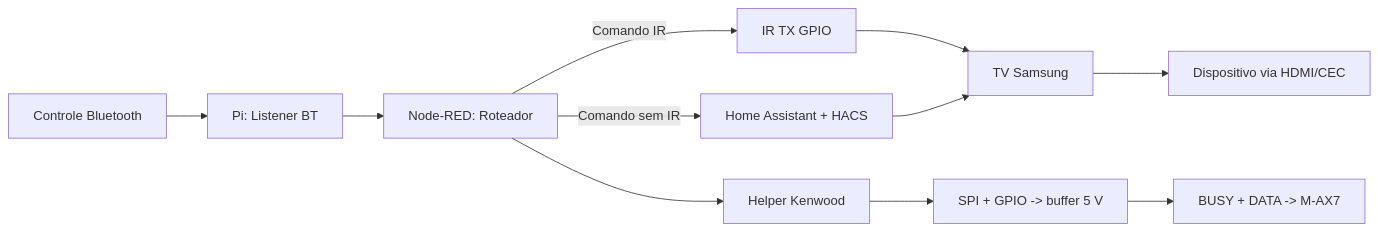
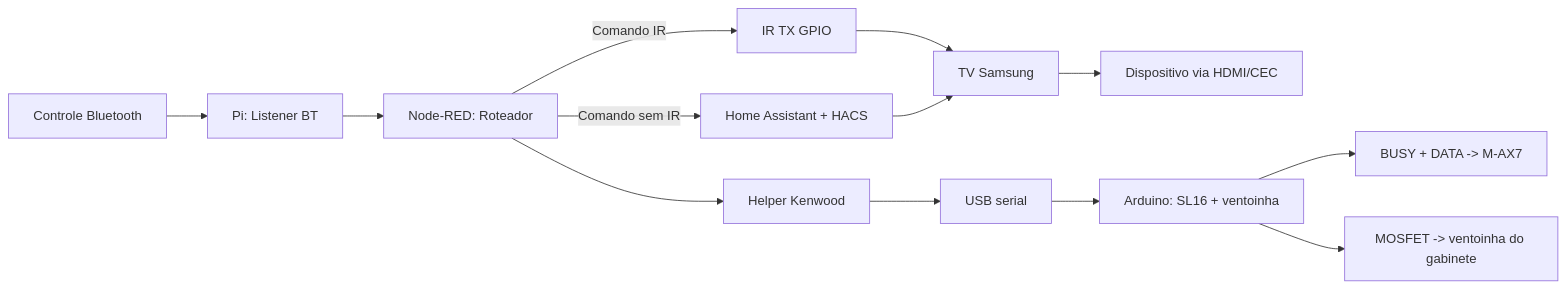
One commit to Elvis-Christian/PiCeiver changed the diagram in docs/architecture/control-flows.md. Above: the diagram before and after it, drawn with Mermaid. The commit also changed other lines of this file and 5 other files, not shown here.

````diff
--- a/docs/architecture/control-flows.md
+++ b/docs/architecture/control-flows.md
@@ -70,13 +72,15 @@
 ```mermaid
 flowchart LR
   RC["Controle Bluetooth"] --> PI["Pi: Listener BT"]
   PI --> NR["Node-RED: Roteador"]
   NR -->|Comando IR| IR["IR TX GPIO"]
   IR --> TV["TV Samsung"]
   TV --> DEV["Dispositivo via HDMI/CEC"]
   NR -->|Comando sem IR| HA["Home Assistant + HACS"]
   HA --> TV
   NR --> KWH["Helper Kenwood"]
-  KWH --> GPIO["SPI + GPIO -> buffer 5 V"]
-  GPIO --> AMP["BUSY + DATA -> M-AX7"]
+  KWH --> USB["USB serial"]
+  USB --> UNO["Arduino: SL16 + ventoinha"]
+  UNO --> AMP["BUSY + DATA -> M-AX7"]
+  UNO --> FAN["MOSFET -> ventoinha do gabinete"]
 ```
````
